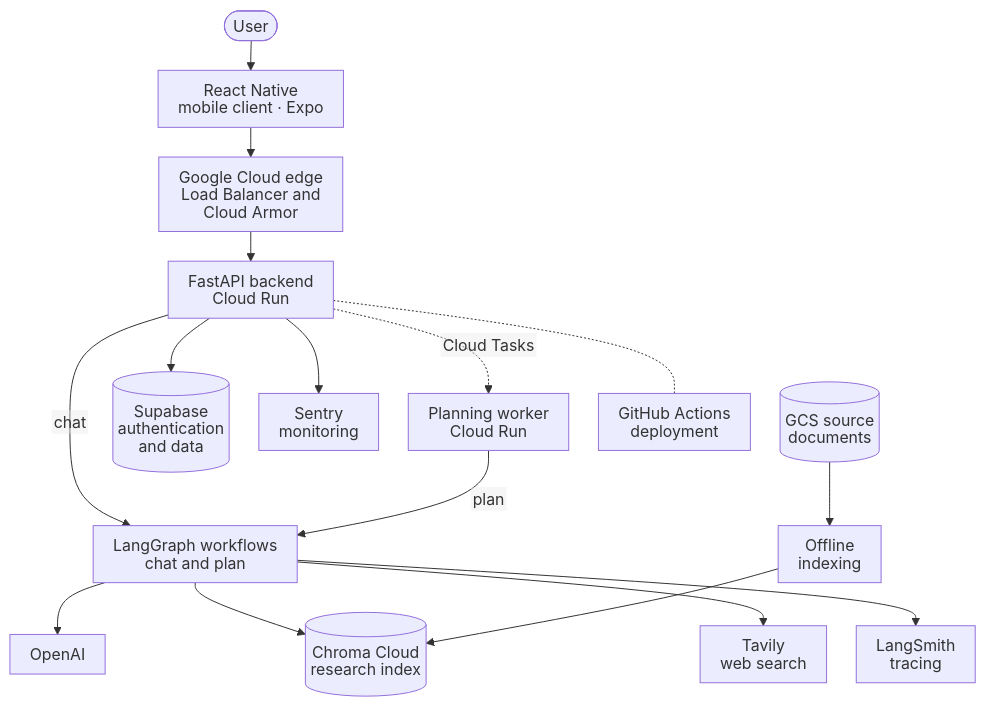
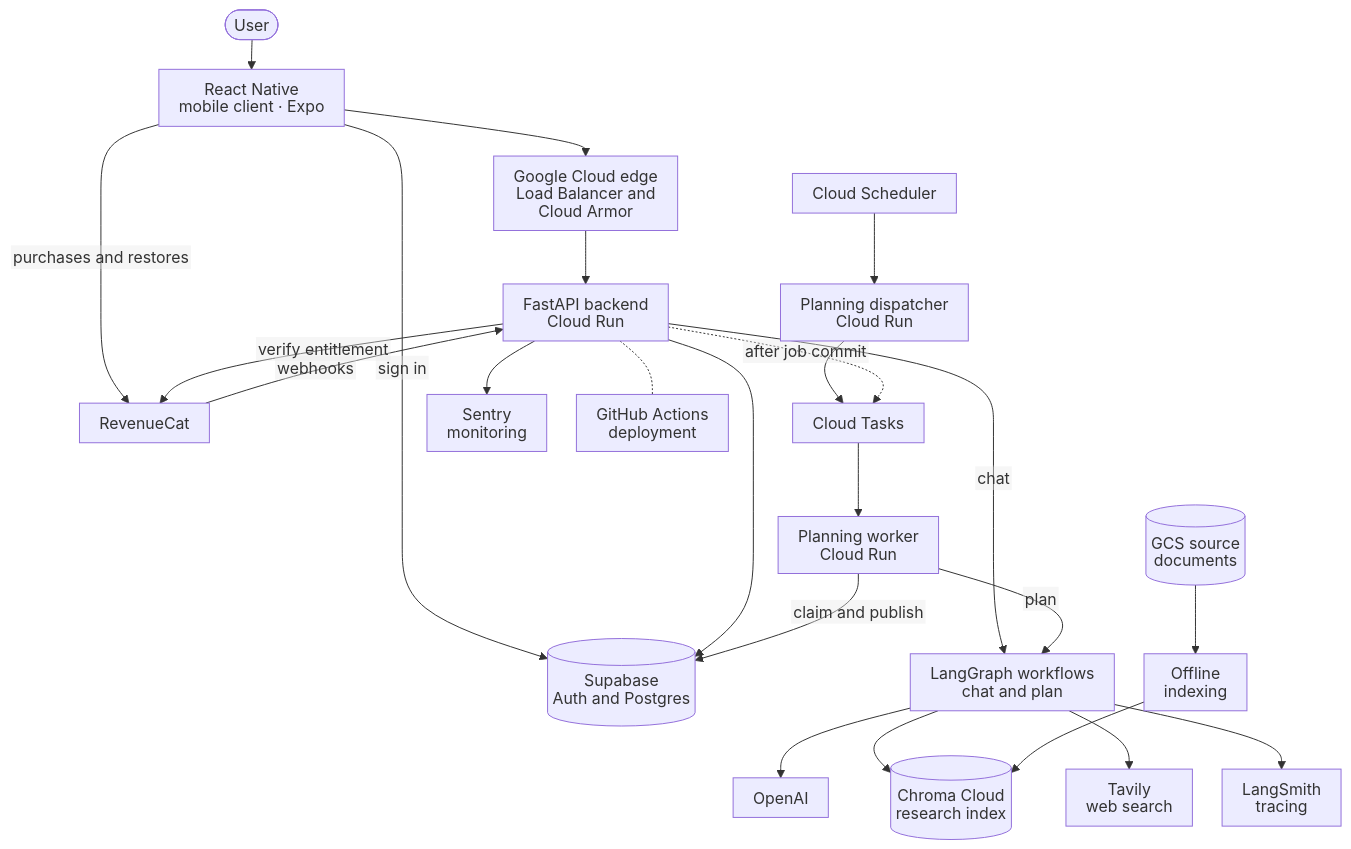
One commit to xurichard19/strength-and-conditioning-rag changed the first of 5 diagrams in README.md. Above: the diagram before and after it, drawn with Mermaid. The commit also changed other lines of this file, not shown here.

First line of the commit message:
Update architecture and local setup docs

````diff
--- a/README.md
+++ b/README.md
@@ -30,27 +30,35 @@
 ```mermaid
 ---
 config:
   htmlLabels: false
   flowchart:
     htmlLabels: false
     nodeSpacing: 30
     rankSpacing: 30
     padding: 10
 ---
 flowchart TB
     User(["User"]) --> FE["React Native<br/>mobile client · Expo"]
     FE --> Edge["Google Cloud edge<br/>Load Balancer and<br/>Cloud Armor"]
     Edge --> API["FastAPI backend<br/>Cloud Run"]
+    FE -->|sign in| Supabase[("Supabase<br/>Auth and Postgres")]
+    FE -->|purchases and restores| RC["RevenueCat"]
+    RC -->|webhooks| API
+    API -->|verify entitlement| RC
+    API --> Supabase
     API -->|chat| Workflows["LangGraph workflows<br/>chat and plan"]
-    API -.->|Cloud Tasks| Worker["Planning worker<br/>Cloud Run"]
+    Clock["Cloud Scheduler"] --> Dispatcher["Planning dispatcher<br/>Cloud Run"]
+    Dispatcher --> Queue["Cloud Tasks"]
+    API -.->|after job commit| Queue
+    Queue --> Worker["Planning worker<br/>Cloud Run"]
     Worker -->|plan| Workflows
-    API --> Supabase[("Supabase<br/>authentication<br/>and data")]
+    Worker -->|claim and publish| Supabase
     API --> Sentry["Sentry<br/>monitoring"]
     Workflows --> OpenAI["OpenAI"]
     Workflows --> Chroma[("Chroma Cloud<br/>research index")]
     Workflows --> SearchServices["Tavily<br/>web search"]
     Workflows --> LangSmith["LangSmith<br/>tracing"]
     Docs[("GCS source<br/>documents")] --> Index["Offline<br/>indexing"]
     Index --> Chroma
     API -.- ci["GitHub Actions<br/>deployment"]
 ```
````
